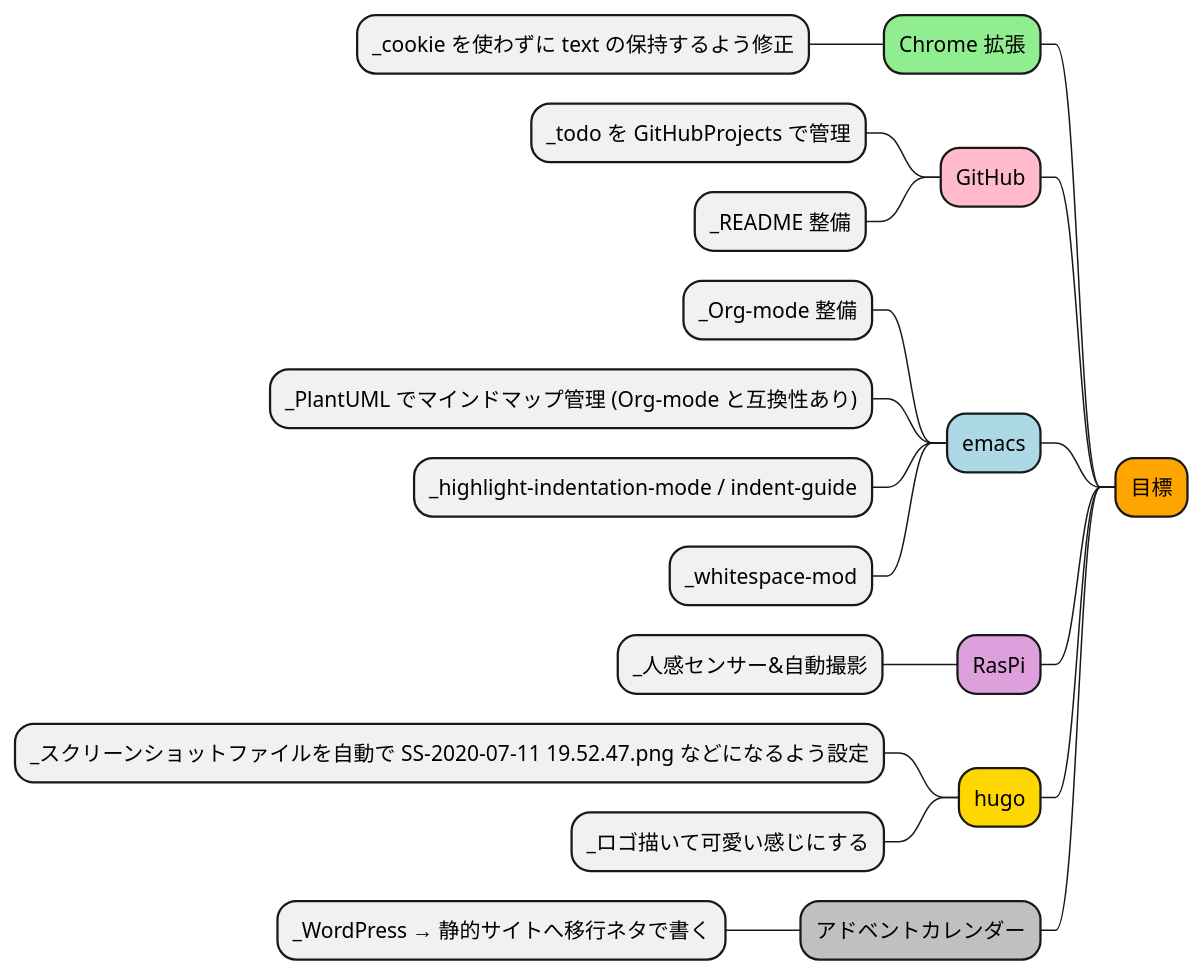
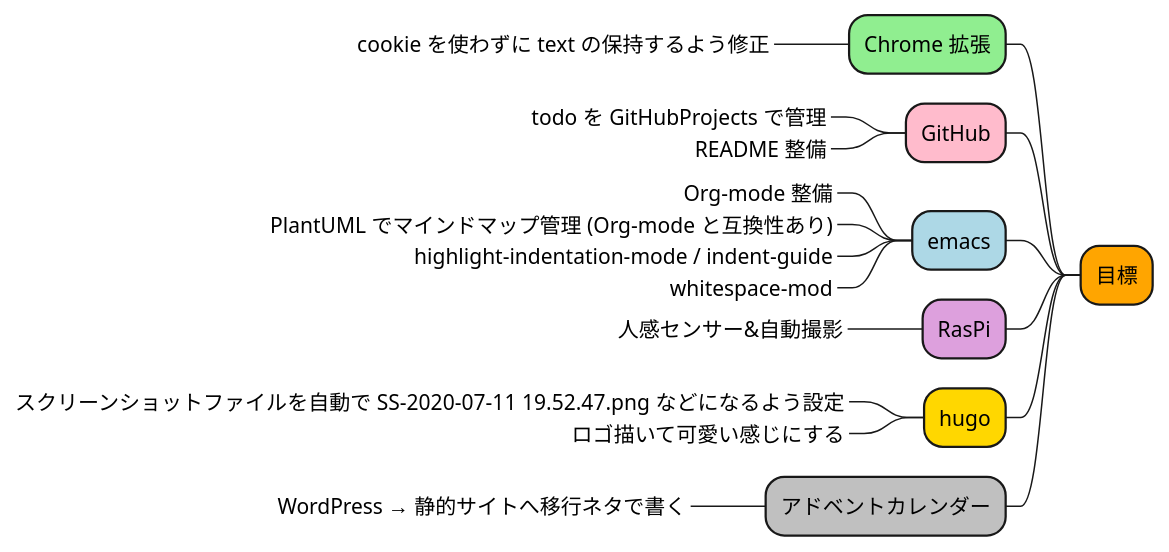
Before and after one commit to Ishizuka427/MindMap: the diagram in test.puml, drawn with PlantUML.

```diff
--- a/test.puml
+++ b/test.puml
@@ -1,20 +1,20 @@
 @startmindmap
 +[#Orange] 目標
 --[#lightgreen] Chrome 拡張
---- _cookie を使わずに text の保持するよう修正
+---_ cookie を使わずに text の保持するよう修正
 --[#FFBBCC] GitHub
---- _todo を GitHubProjects で管理
---- _README 整備
+---_ todo を GitHubProjects で管理
+---_ README 整備
 --[#lightblue] emacs
---- _Org-mode 整備
---- _PlantUML でマインドマップ管理 (Org-mode と互換性あり)
---- _highlight-indentation-mode / indent-guide
---- _whitespace-mod
+---_ Org-mode 整備
+---_ PlantUML でマインドマップ管理 (Org-mode と互換性あり)
+---_ highlight-indentation-mode / indent-guide
+---_ whitespace-mod
 --[#plum] RasPi
---- _人感センサー&自動撮影
+---_ 人感センサー&自動撮影
 --[#gold] hugo
---- _スクリーンショットファイルを自動で SS-2020-07-11 19.52.47.png などになるよう設定
---- _ロゴ描いて可愛い感じにする
+---_ スクリーンショットファイルを自動で SS-2020-07-11 19.52.47.png などになるよう設定
+---_ ロゴ描いて可愛い感じにする
 --[#silver] アドベントカレンダー
---- _WordPress → 静的サイトへ移行ネタで書く
+---_ WordPress → 静的サイトへ移行ネタで書く
 @endmindmap
```
